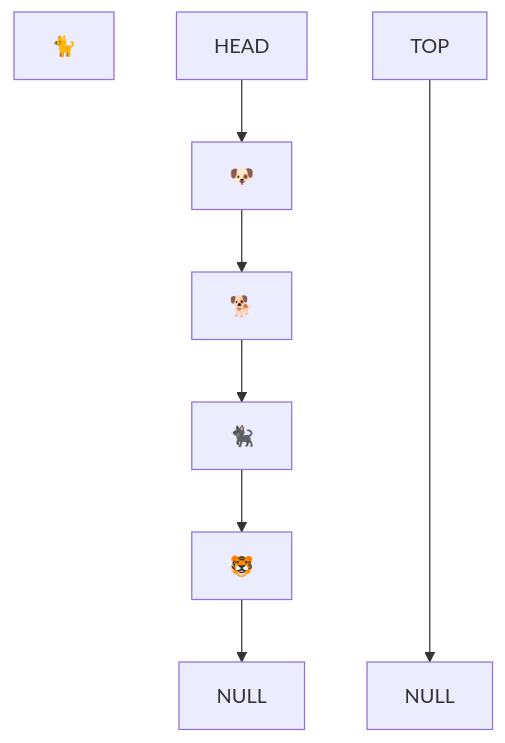
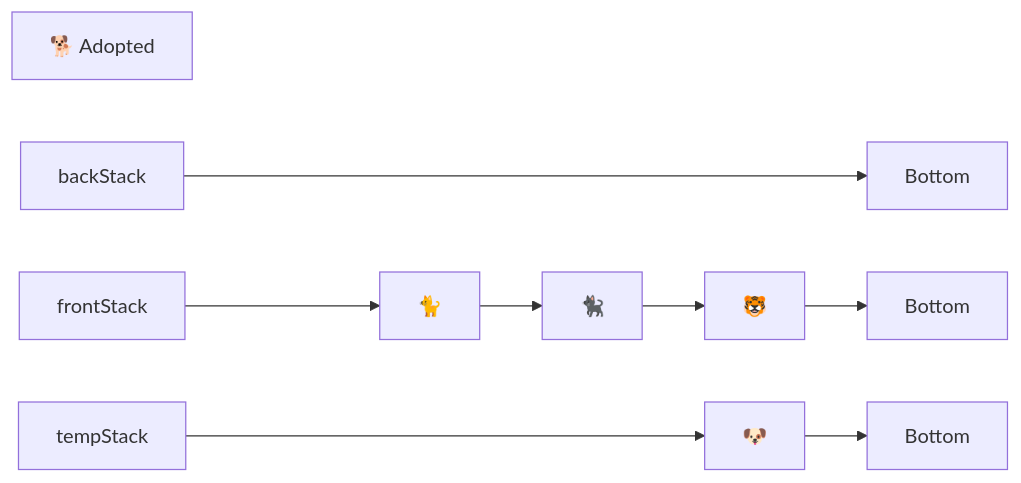
The seventh of 17 diagrams in javascript/code-challenges/stack-queue-animal-shelter/README.md (rmccrear/data-structures-and-algorithms), drawn with Mermaid before and after one commit. The commit also changed other lines of this file and 1 other file, not shown here.

Commit message:
update README for stack-queue-animal-shelter using 3 stacks

````diff
--- a/javascript/code-challenges/stack-queue-animal-shelter/README.md
+++ b/javascript/code-challenges/stack-queue-animal-shelter/README.md
@@ -51,7 +84,10 @@
 ```mermaid
-    graph
-    C["🐈"]
-    HEAD[HEAD] -->A["🐶"]--> B["🐕"] --> D["🐈‍⬛"]-->E["🐯"] --> TAIL[NULL]
 
-    HEAD2[TOP]------>TAIL2[NULL]
+    graph LR
+
+    B["🐕 Adopted"]
+    BACK_STACK[backStack] -------> BACK_BACK_STACK[Bottom]
+    FRONT_STACK[frontStack] ---->C["🐈"] --> D["🐈‍⬛"]-->E["🐯"] --> FRONT_BACK_STACK[Bottom]
+    TEMP_STACK[tempStack] ------> A["🐶"] --> BACK_TEMP_STACK[Bottom]
+
 ```
````
